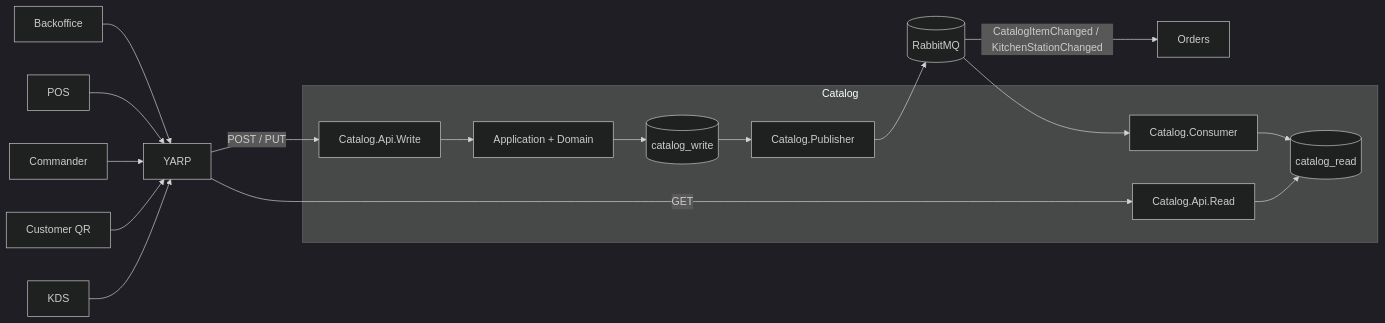
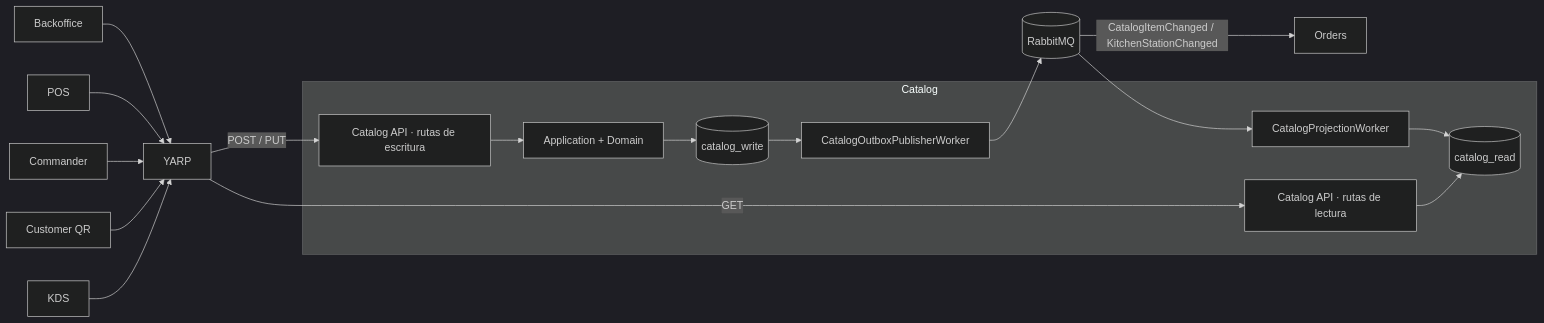
Before and after one commit to sergioocode/Restaurantes: the first of 7 diagrams in docs/Catalog.README.md, drawn with Mermaid (dark theme). The commit also changed other lines of this file and 11 other files, not shown here.

````diff
--- a/docs/Catalog.README.md
+++ b/docs/Catalog.README.md
@@ -56,41 +54,41 @@
 ```mermaid
 flowchart LR
     Backoffice["Backoffice"]
     Pos["POS"]
     Commander["Commander"]
     CustomerQr["Customer QR"]
     Kds["KDS"]
     Gateway["YARP"]
 
     subgraph Catalog["Catalog"]
-        WriteApi["Catalog.Api.Write"]
+        WriteApi["Catalog API · rutas de escritura"]
         App["Application + Domain"]
         WriteDb[("catalog_write")]
-        Publisher["Catalog.Publisher"]
-        Consumer["Catalog.Consumer"]
+        Publisher["CatalogOutboxPublisherWorker"]
+        Consumer["CatalogProjectionWorker"]
         ReadDb[("catalog_read")]
-        ReadApi["Catalog.Api.Read"]
+        ReadApi["Catalog API · rutas de lectura"]
     end
 
     Rabbit[("RabbitMQ")]
     Orders["Orders"]
 
     Backoffice --> Gateway
     Pos --> Gateway
     Commander --> Gateway
     CustomerQr --> Gateway
     Kds --> Gateway
 
     Gateway -->|POST / PUT| WriteApi
     Gateway -->|GET| ReadApi
 
     WriteApi --> App
     App --> WriteDb
     WriteDb --> Publisher
     Publisher --> Rabbit
     Rabbit --> Consumer
     Consumer --> ReadDb
     ReadApi --> ReadDb
 
     Rabbit -->|CatalogItemChanged / KitchenStationChanged| Orders
 ```
````
